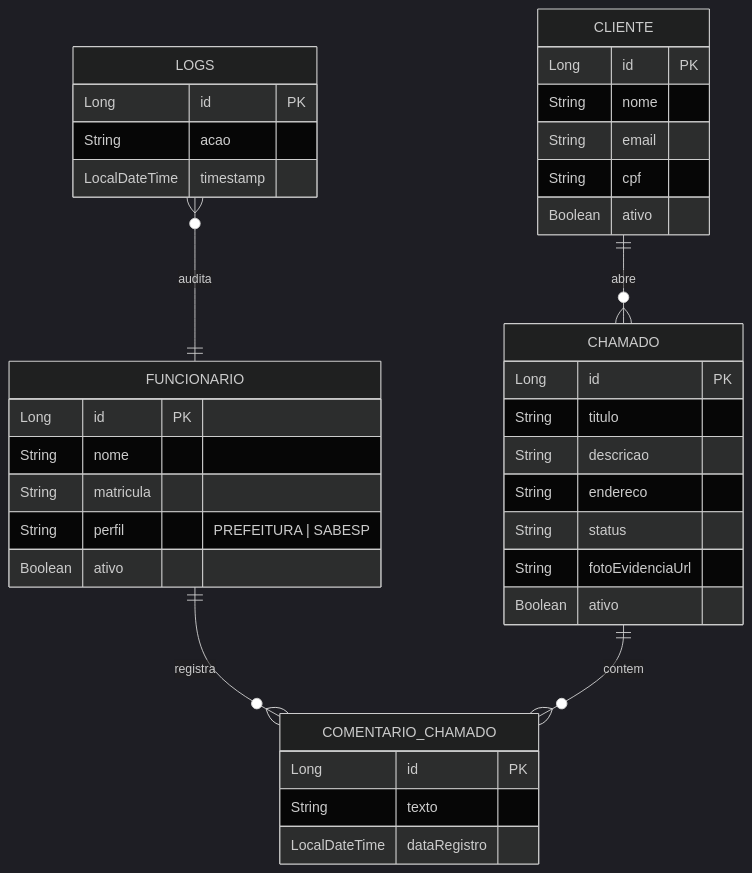
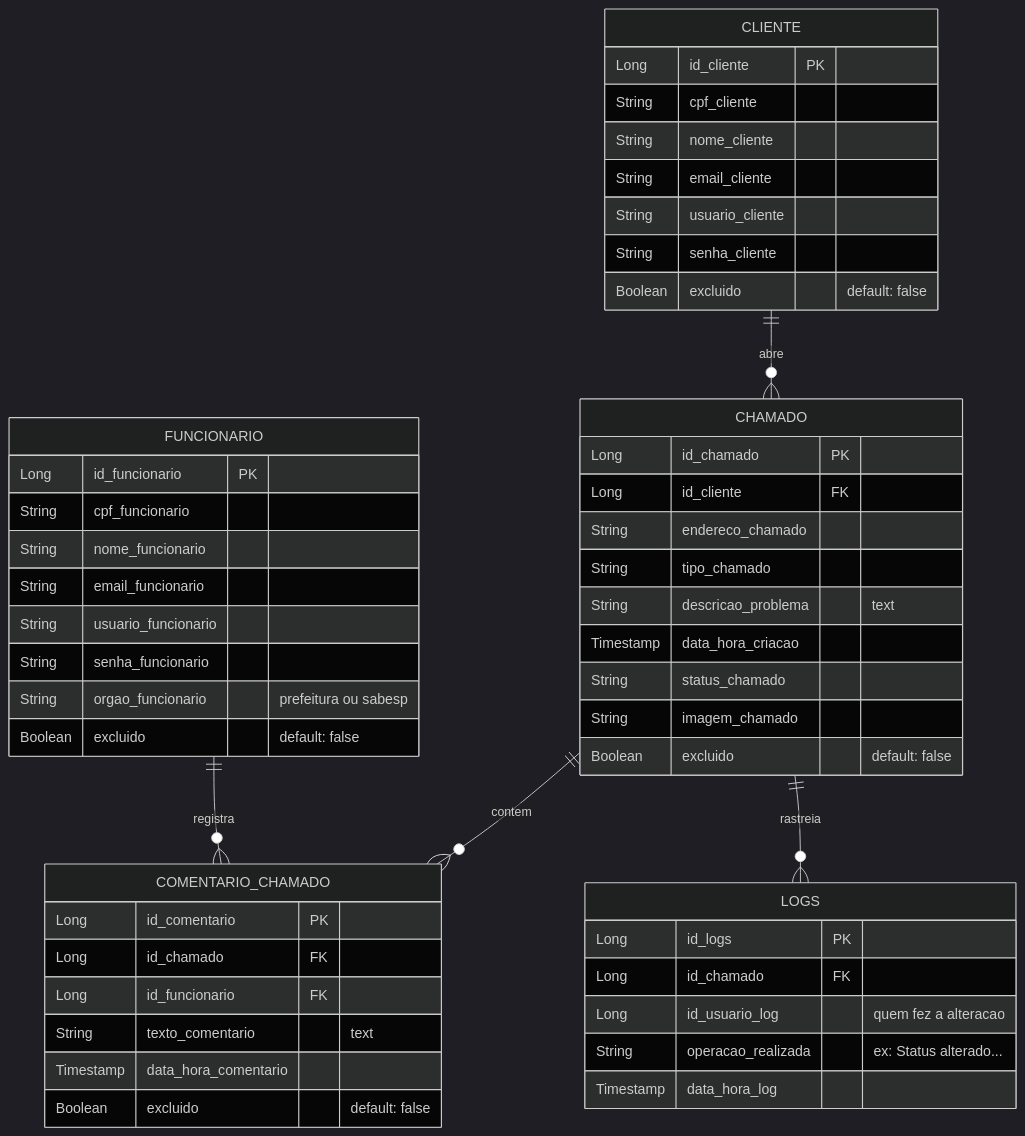
Before and after one commit to CarvalhoNathan/sabesp: the second of 2 diagrams in README.md, drawn with Mermaid (dark theme). The commit also changed other lines of this file, not shown here.

Commit message:
docs: alinha modelo de dados com proto SQL e refina perfis de acesso

````diff
--- a/README.md
+++ b/README.md
@@ -127,45 +128,57 @@
 ```mermaid
 erDiagram
     CLIENTE ||--o{ CHAMADO : abre
     FUNCIONARIO ||--o{ COMENTARIO_CHAMADO : registra
     CHAMADO ||--o{ COMENTARIO_CHAMADO : contem
-    LOGS }o--|| FUNCIONARIO : audita
+    CHAMADO ||--o{ LOGS : rastreia
 
     CLIENTE {
-        Long id PK
-        String nome
-        String email
-        String cpf
-        Boolean ativo
+        Long id_cliente PK
+        String cpf_cliente
+        String nome_cliente
+        String email_cliente
+        String usuario_cliente
+        String senha_cliente
+        Boolean excluido "default: false"
+    }
+
+    CHAMADO {
+        Long id_chamado PK
+        Long id_cliente FK
+        String endereco_chamado
+        String tipo_chamado
+        String descricao_problema "text"
+        Timestamp data_hora_criacao
+        String status_chamado
+        String imagem_chamado
+        Boolean excluido "default: false"
     }
 
     FUNCIONARIO {
-        Long id PK
-        String nome
-        String matricula
-        String perfil "PREFEITURA | SABESP"
-        Boolean ativo
-    }
-
-    CHAMADO {
-        Long id PK
-        String titulo
-        String descricao
-        String endereco
-        String status
-        String fotoEvidenciaUrl
-        Boolean ativo
+        Long id_funcionario PK
+        String cpf_funcionario
+        String nome_funcionario
+        String email_funcionario
+        String usuario_funcionario
+        String senha_funcionario
+        String orgao_funcionario "prefeitura ou sabesp"
+        Boolean excluido "default: false"
     }
 
     COMENTARIO_CHAMADO {
-        Long id PK
-        String texto
-        LocalDateTime dataRegistro
+        Long id_comentario PK
+        Long id_chamado FK
+        Long id_funcionario FK
+        String texto_comentario "text"
+        Timestamp data_hora_comentario
+        Boolean excluido "default: false"
     }
 
     LOGS {
-        Long id PK
-        String acao
-        LocalDateTime timestamp
+        Long id_logs PK
+        Long id_chamado FK
+        Long id_usuario_log "quem fez a alteracao"
+        String operacao_realizada "ex: Status alterado..."
+        Timestamp data_hora_log
     }
 ```
````
